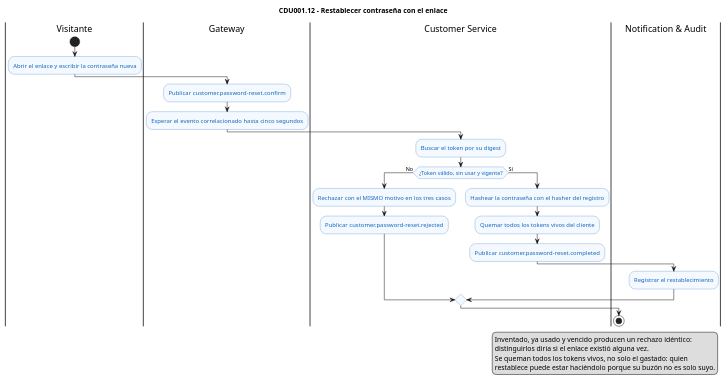
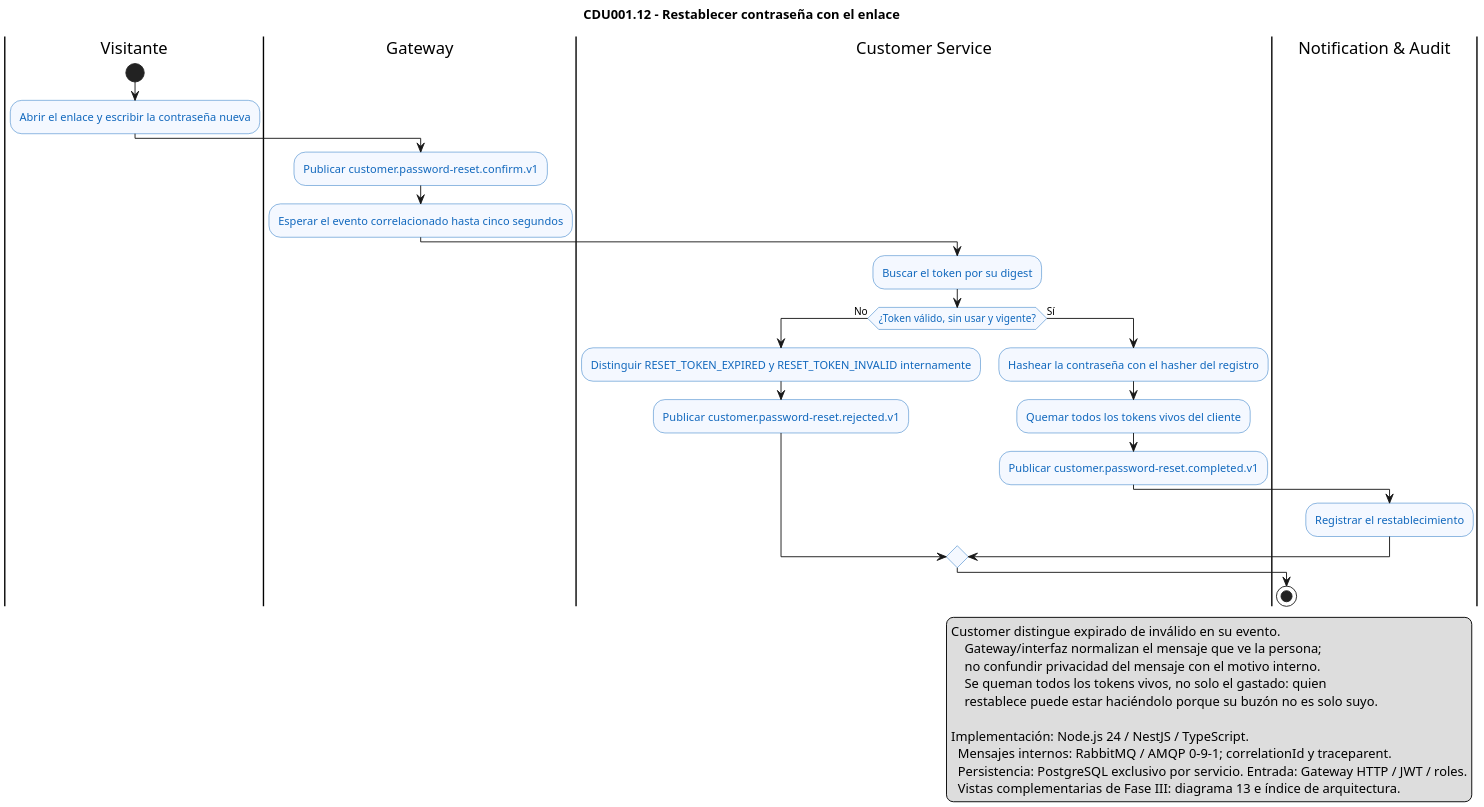
The diagram in docs/architecture/diagrams/cdu/customer/flujos/CDU001.12-restablecer-contrasena.puml (marcosbondel/Proyecto-SA-B-2), drawn with PlantUML before and after one commit. The commit also changed 74 other files, not shown here.

Commit message:
docs(cdu-er): actualizar casos de uso UML nativos, flujos de negocio y modelos ER fisicos

```diff
--- a/docs/architecture/diagrams/cdu/customer/flujos/CDU001.12-restablecer-contrasena.puml
+++ b/docs/architecture/diagrams/cdu/customer/flujos/CDU001.12-restablecer-contrasena.puml
@@ -1,37 +1,44 @@
 @startuml CDU001.12-restablecer-contrasena
 title CDU001.12 - Restablecer contraseña con el enlace
 
 skinparam shadowing false
+skinparam dpi 180
 skinparam activity {
     BackgroundColor #F4F8FF
     BorderColor #1168BD
     FontColor #1168BD
 }
 
 |Visitante|
 start
 :Abrir el enlace y escribir la contraseña nueva;
 |Gateway|
-:Publicar customer.password-reset.confirm;
+:Publicar customer.password-reset.confirm.v1;
 :Esperar el evento correlacionado hasta cinco segundos;
 |Customer Service|
 :Buscar el token por su digest;
 if (¿Token válido, sin usar y vigente?) then (No)
-    :Rechazar con el MISMO motivo en los tres casos;
-    :Publicar customer.password-reset.rejected;
+    :Distinguir RESET_TOKEN_EXPIRED y RESET_TOKEN_INVALID internamente;
+    :Publicar customer.password-reset.rejected.v1;
 else (Sí)
     :Hashear la contraseña con el hasher del registro;
     :Quemar todos los tokens vivos del cliente;
-    :Publicar customer.password-reset.completed;
+    :Publicar customer.password-reset.completed.v1;
     |Notification & Audit|
     :Registrar el restablecimiento;
 endif
 stop
 
 legend right
-    Inventado, ya usado y vencido producen un rechazo idéntico:
-    distinguirlos diría si el enlace existió alguna vez.
+Customer distingue expirado de inválido en su evento.
+    Gateway/interfaz normalizan el mensaje que ve la persona;
+    no confundir privacidad del mensaje con el motivo interno.
     Se queman todos los tokens vivos, no solo el gastado: quien
     restablece puede estar haciéndolo porque su buzón no es solo suyo.
+
+Implementación: Node.js 24 / NestJS / TypeScript.
+  Mensajes internos: RabbitMQ / AMQP 0-9-1; correlationId y traceparent.
+  Persistencia: PostgreSQL exclusivo por servicio. Entrada: Gateway HTTP / JWT / roles.
+  Vistas complementarias de Fase III: diagrama 13 e índice de arquitectura.
 endlegend
 @enduml
```
